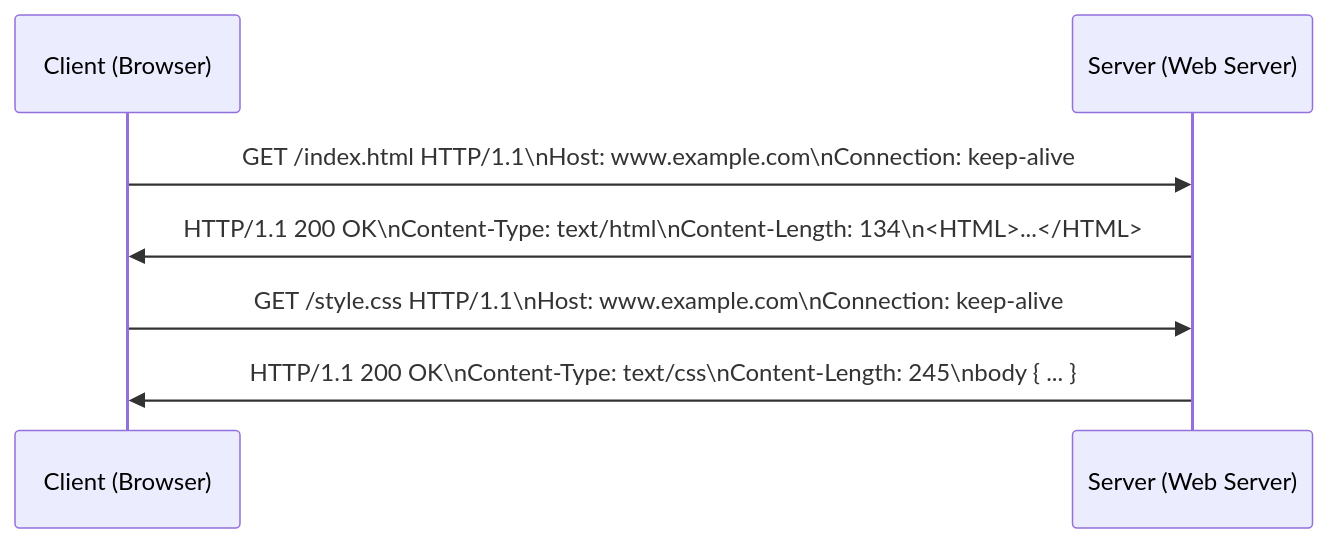
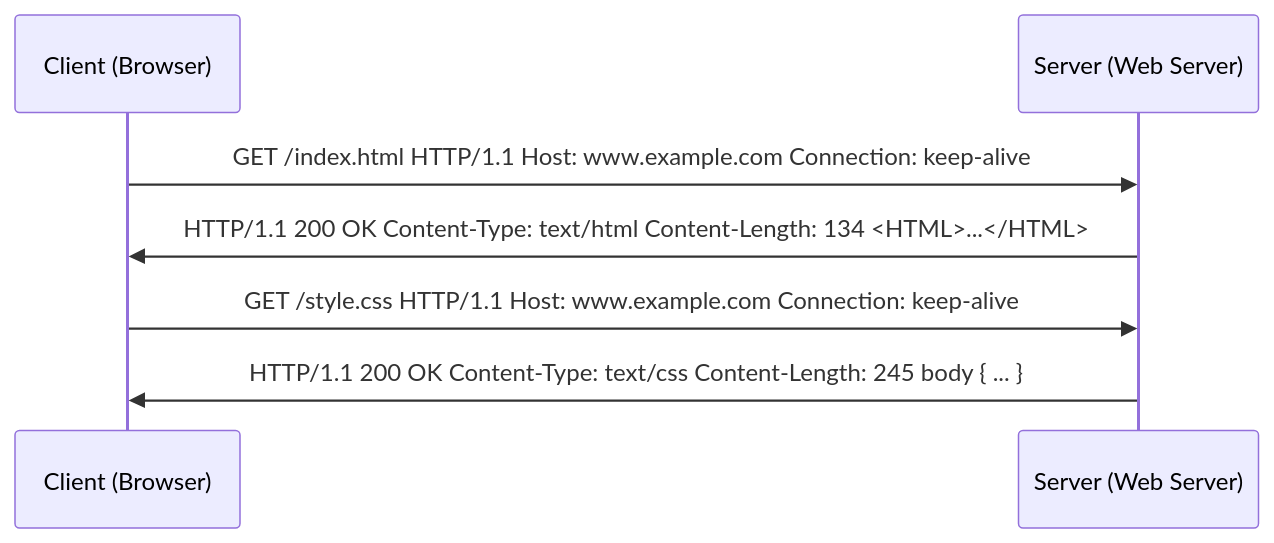
The eighth of 8 diagrams in docs/networking/protocols/layer-7/http.md (imdeepmind/imdeepmind.github.io), drawn with Mermaid before and after one commit. The commit also changed other lines of this file, not shown here.

Commit message:
docs(networking): IMDEEPMIND-28: updated the http docs

````diff
--- a/docs/networking/protocols/layer-7/http.md
+++ b/docs/networking/protocols/layer-7/http.md
@@ -398,10 +424,10 @@
-    ```mermaid
-    sequenceDiagram
-        participant Client as Client (Browser)
-        participant Server as Server (Web Server)
+```mermaid
+sequenceDiagram
+    participant Client as Client (Browser)
+    participant Server as Server (Web Server)
 
-        Client->>Server: GET /index.html HTTP/1.1\nHost: www.example.com\nConnection: keep-alive
-        Server->>Client: HTTP/1.1 200 OK\nContent-Type: text/html\nContent-Length: 134\n<HTML>...</HTML>
-        Client->>Server: GET /style.css HTTP/1.1\nHost: www.example.com\nConnection: keep-alive
-        Server->>Client: HTTP/1.1 200 OK\nContent-Type: text/css\nContent-Length: 245\nbody { ... }
-    ```
+    Client->>Server: GET /index.html HTTP/1.1 Host: www.example.com Connection: keep-alive
+    Server->>Client: HTTP/1.1 200 OK Content-Type: text/html Content-Length: 134 <HTML>...</HTML>
+    Client->>Server: GET /style.css HTTP/1.1 Host: www.example.com Connection: keep-alive
+    Server->>Client: HTTP/1.1 200 OK Content-Type: text/css Content-Length: 245 body { ... }
+```
````
